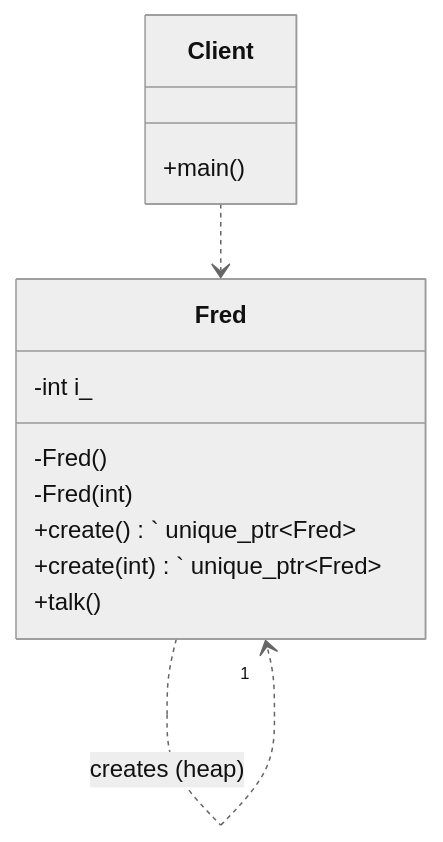
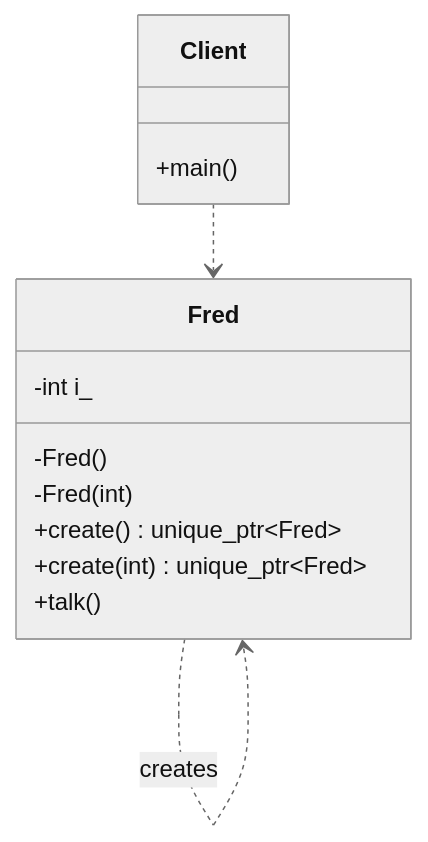
The diagram in 07_NamedConstructors/CreatedOnlyWithNew/diagram.md (Cichlidfishexigency721/Modern-CPP-Design-Patterns), drawn with Mermaid (neutral theme) before and after one commit. The commit also changed 3 other files, not shown here.

````diff
--- a/07_NamedConstructors/CreatedOnlyWithNew/diagram.md
+++ b/07_NamedConstructors/CreatedOnlyWithNew/diagram.md
@@ -3,19 +3,19 @@
 ```mermaid
 classDiagram
    class Fred {
       -int i_
       -Fred()
       -Fred(int)
-      +create()` unique_ptr~Fred~
-      +create(int)` unique_ptr~Fred~
+      +create() unique_ptr~Fred~
+      +create(int) unique_ptr~Fred~
       +talk()
    }
 
    class Client {
       +main()
    }
 
-   %% The static methods create and return a unique_ptr to a Fred object
-   Fred ..> "1" Fred : creates (heap)
+   %% Dependency: No numbers used here
+   Fred ..> Fred : creates
    Client ..> Fred
 ```
````
